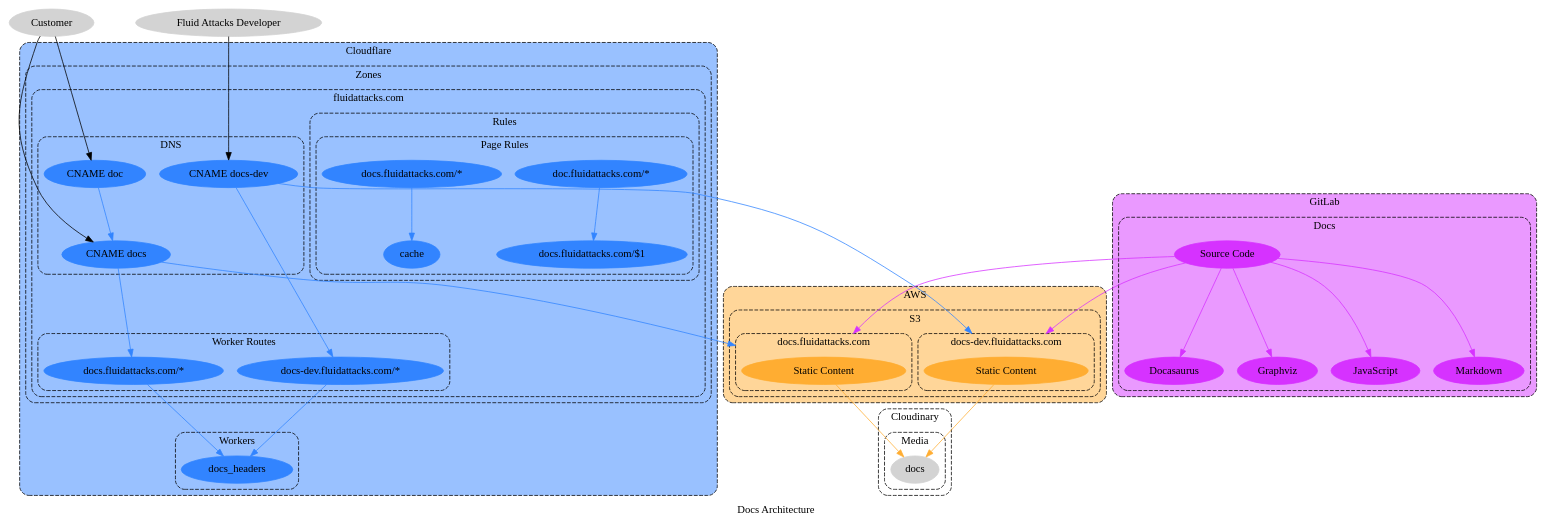
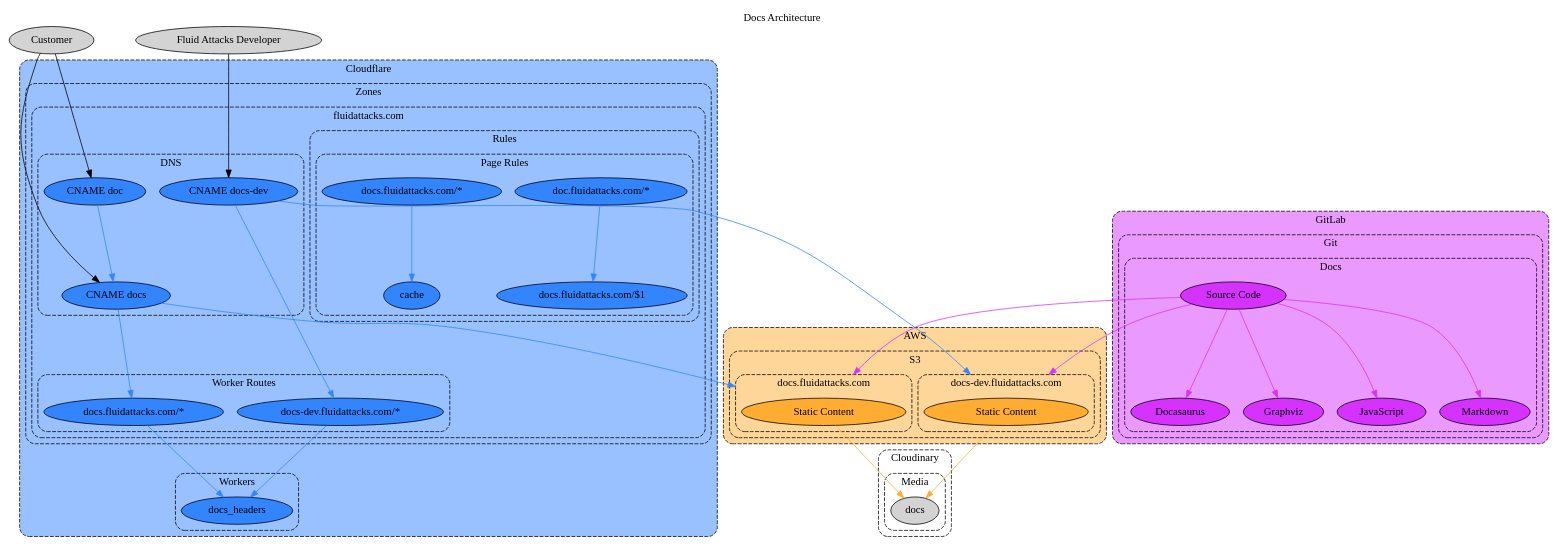
The diagram in docs/src/docs/development/products/docs-arch.dot (jeanbaptistemora/fluidattacks-universe2), drawn with Graphviz before and after one commit. The commit also changed 4 other files, not shown here.

```diff
--- a/docs/src/docs/development/products/docs-arch.dot
+++ b/docs/src/docs/development/products/docs-arch.dot
@@ -1,142 +1,148 @@
 // SPDX-FileCopyrightText: 2022 Fluid Attacks <development@fluidattacks.com>
 //
 // SPDX-License-Identifier: MPL-2.0
 
 digraph docs {
   label="Docs Architecture"
+  labelloc="t"
   compound="true"
+  concentrate="true"
   scale="scalexy"
 
   node[style="filled"]
   graph[style="dashed,rounded"]
 
   subgraph cluster_aws {
     label="AWS"
     bgcolor="0.1 0.4 1.0"
-    node[color="0.1 0.8 1.0"]
+    node[fillcolor="0.1 0.8 1.0"]
 
     subgraph cluster_aws_s3 {
       label="S3"
 
       subgraph cluster_aws_s3_docs_dev {
         label="docs-dev.fluidattacks.com"
 
         aws_s3_docs_dev_static[label="Static Content" width="3.0"]
       }
 
       subgraph cluster_aws_s3_docs_prod {
         label="docs.fluidattacks.com"
 
         aws_s3_docs_prod_static[label="Static Content" width="3.0"]
       }
     }
   }
 
   subgraph cluster_cloudflare {
     label="Cloudflare"
     bgcolor="0.6 0.4 1.0"
-    node[color="0.6 0.8 1.0"]
+    node[fillcolor="0.6 0.8 1.0"]
 
     subgraph cluster_cloudflare_workers {
       label="Workers"
 
       cluster_cloudflare_workers_docs_headers[label="docs_headers"]
     }
 
     subgraph cluster_cloudflare_zones {
       label="Zones"
 
       subgraph cluster_cloudflare_zone_fluidattacks_com {
         label="fluidattacks.com"
 
         subgraph cluster_cloudflare_zone_fluidattacks_com_dns_docs {
           label="DNS"
 
           cloudflare_zone_fluidattacks_com_dns_cname_doc[label="CNAME doc"]
           cloudflare_zone_fluidattacks_com_dns_cname_docs[label="CNAME docs"]
           cloudflare_zone_fluidattacks_com_dns_cname_docs_dev[label="CNAME docs-dev"]
         }
 
         subgraph cluster_cloudflare_zone_fluidattacks_com_rules {
           label="Rules"
 
           subgraph cluster_cloudflare_zone_fluidattacks_com_rules_page {
             label="Page Rules"
 
             cloudflare_zone_fluidattacks_com_rules_page_doc[label="doc.fluidattacks.com/*"]
             cloudflare_zone_fluidattacks_com_rules_page_doc_forward[label="docs.fluidattacks.com/$1"]
             cloudflare_zone_fluidattacks_com_rules_page_docs[label="docs.fluidattacks.com/*"]
             cloudflare_zone_fluidattacks_com_rules_page_docs_cache[label="cache"]
           }
         }
 
         subgraph cluster_cloudflare_zone_fluidattacks_com_worker_routes {
           label="Worker Routes"
 
           cloudflare_zone_fluidattacks_com_worker_route_dev[label="docs-dev.fluidattacks.com/*"]
           cloudflare_zone_fluidattacks_com_worker_route_prod[label="docs.fluidattacks.com/*"]
         }
       }
     }
   }
 
   subgraph cluster_cloudinary {
     label="Cloudinary"
     bgcolor="/x11/white"
-    node[color="/x11/lightgray"]
+    node[fillcolor="/x11/lightgray"]
 
     subgraph cluster_cloudinary_media {
       label="Media"
 
       cloudinary_media_docs[label="docs"]
     }
   }
 
   subgraph cluster_gitlab {
     label="GitLab"
     bgcolor="0.8 0.4 1.0"
-    node[color="0.8 0.8 1.0"]
+    node[fillcolor="0.8 0.8 1.0"]
 
-    subgraph cluster_gitlab_docs {
-      label="Docs"
+    subgraph cluster_gitlab_git {
+      label="Git"
 
-      gitlab_docs[label="Source Code"]
-      gitlab_docs_docasaurus[label="Docasaurus"]
-      gitlab_docs_graphviz[label="Graphviz"]
-      gitlab_docs_javascript[label="JavaScript"]
-      gitlab_docs_markdown[label="Markdown"]
+      subgraph cluster_gitlab_docs {
+        label="Docs"
+
+        gitlab_docs[label="Source Code"]
+        gitlab_docs_docasaurus[label="Docasaurus"]
+        gitlab_docs_graphviz[label="Graphviz"]
+        gitlab_docs_javascript[label="JavaScript"]
+        gitlab_docs_markdown[label="Markdown"]
+      }
     }
   }
 
-  node[color="/x11/lightgray"]
+  node[fillcolor="/x11/lightgray"]
   customer[label="Customer"]
   fluid_attacks_developer[label="Fluid Attacks Developer"]
 
   edge[color="0.1 0.8 1.0"]
   aws_s3_docs_dev_static -> cloudinary_media_docs[]
   aws_s3_docs_prod_static -> cloudinary_media_docs[]
 
   edge[color="0.6 0.8 1.0"]
   cloudflare_zone_fluidattacks_com_worker_route_dev -> cluster_cloudflare_workers_docs_headers[]
   cloudflare_zone_fluidattacks_com_worker_route_prod -> cluster_cloudflare_workers_docs_headers[]
   cloudflare_zone_fluidattacks_com_dns_cname_doc -> cloudflare_zone_fluidattacks_com_dns_cname_docs[]
   cloudflare_zone_fluidattacks_com_dns_cname_docs -> cloudflare_zone_fluidattacks_com_worker_route_prod[]
   cloudflare_zone_fluidattacks_com_dns_cname_docs_dev -> cloudflare_zone_fluidattacks_com_worker_route_dev[]
   cloudflare_zone_fluidattacks_com_dns_cname_docs -> aws_s3_docs_prod_static[lhead="cluster_aws_s3_docs_prod"]
   cloudflare_zone_fluidattacks_com_dns_cname_docs_dev -> aws_s3_docs_dev_static[lhead="cluster_aws_s3_docs_dev"]
   cloudflare_zone_fluidattacks_com_rules_page_doc -> cloudflare_zone_fluidattacks_com_rules_page_doc_forward[]
   cloudflare_zone_fluidattacks_com_rules_page_docs -> cloudflare_zone_fluidattacks_com_rules_page_docs_cache[]
 
   edge[color="0.8 0.8 1.0"]
   gitlab_docs -> aws_s3_docs_dev_static[lhead="cluster_aws_s3_docs_dev"]
   gitlab_docs -> aws_s3_docs_prod_static[lhead="cluster_aws_s3_docs_prod"]
   gitlab_docs -> gitlab_docs_docasaurus[]
   gitlab_docs -> gitlab_docs_graphviz[]
   gitlab_docs -> gitlab_docs_javascript[]
   gitlab_docs -> gitlab_docs_markdown[]
 
   edge[color="/x11/black"]
   customer -> cloudflare_zone_fluidattacks_com_dns_cname_doc[]
   customer -> cloudflare_zone_fluidattacks_com_dns_cname_docs[]
   fluid_attacks_developer -> cloudflare_zone_fluidattacks_com_dns_cname_docs_dev[]
 }
```
